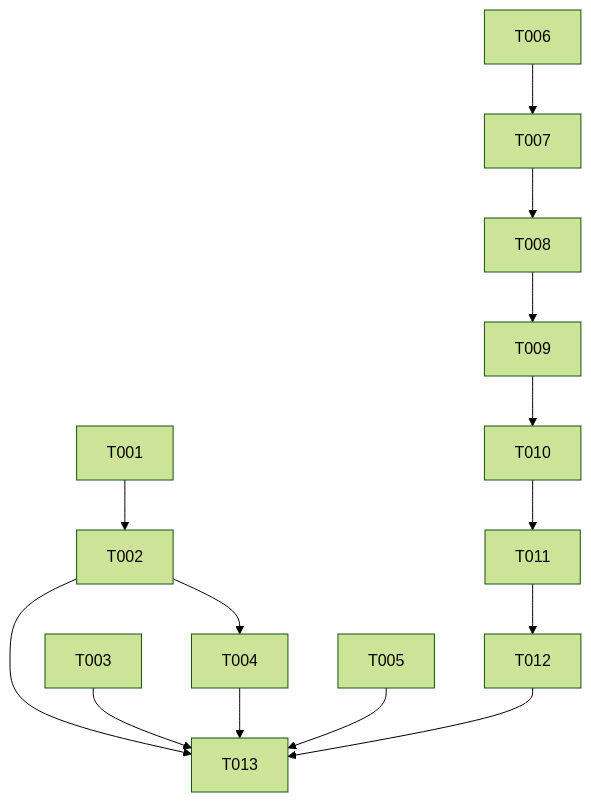
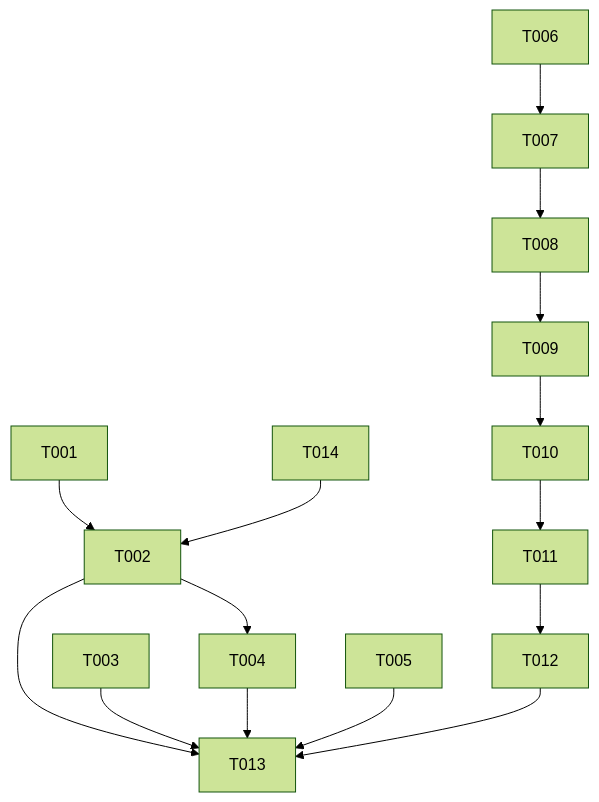
Before and after one commit to palgroup/palbase-cli: the diagram in docs/paltimate/2026-09-05-cli-artim-2/plan.md, drawn with Mermaid (forest theme). The commit also changed other lines of this file and 8 other files, not shown here.

````diff
--- a/docs/paltimate/2026-09-05-cli-artim-2/plan.md
+++ b/docs/paltimate/2026-09-05-cli-artim-2/plan.md
@@ -323,12 +360,13 @@
 ```mermaid
 graph TD
   T001 --> T002 --> T004
+  T014 --> T002
   T003
   T005
   T006 --> T007 --> T008 --> T009 --> T010 --> T011 --> T012
   T002 --> T013
   T003 --> T013
   T004 --> T013
   T005 --> T013
   T012 --> T013
 ```
````
